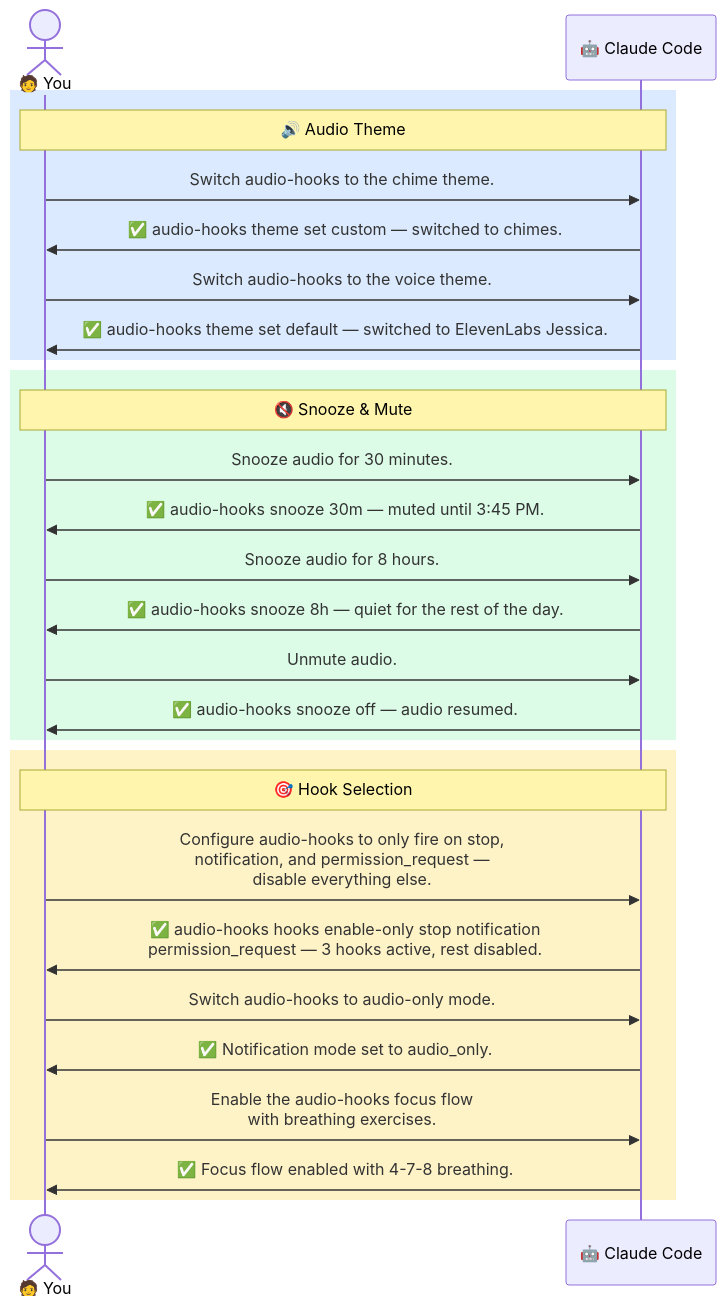
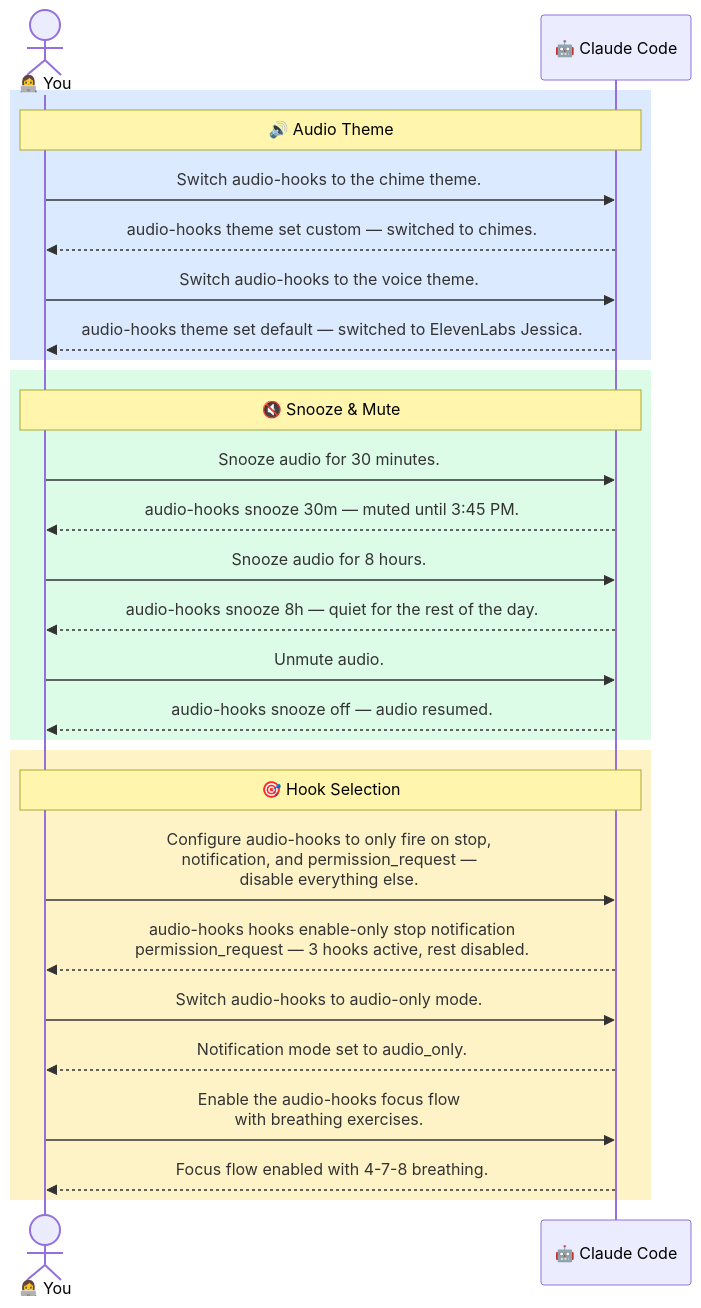
The second of 8 diagrams in README.md (tozaki1545atebau/claude-code-audio-hooks), drawn with Mermaid before and after one commit. The commit also changed other lines of this file, not shown here.

First line of the commit message:
docs(README): enhance sequence diagram visual hierarchy and update avatar

````diff
--- a/README.md
+++ b/README.md
@@ -186,33 +186,33 @@
 ```mermaid
 sequenceDiagram
-    actor You as 🧑 You
+    actor You as 👩‍💻 You
     participant CC as 🤖 Claude Code
 
     rect rgb(219, 234, 254)
     Note over You,CC: 🔊 Audio Theme
     You->>CC: Switch audio-hooks to the chime theme.
-    CC->>You: ✅ audio-hooks theme set custom — switched to chimes.
+    CC-->>You: audio-hooks theme set custom — switched to chimes.
     You->>CC: Switch audio-hooks to the voice theme.
-    CC->>You: ✅ audio-hooks theme set default — switched to ElevenLabs Jessica.
+    CC-->>You: audio-hooks theme set default — switched to ElevenLabs Jessica.
     end
 
     rect rgb(220, 252, 231)
     Note over You,CC: 🔇 Snooze & Mute
     You->>CC: Snooze audio for 30 minutes.
-    CC->>You: ✅ audio-hooks snooze 30m — muted until 3:45 PM.
+    CC-->>You: audio-hooks snooze 30m — muted until 3:45 PM.
     You->>CC: Snooze audio for 8 hours.
-    CC->>You: ✅ audio-hooks snooze 8h — quiet for the rest of the day.
+    CC-->>You: audio-hooks snooze 8h — quiet for the rest of the day.
     You->>CC: Unmute audio.
-    CC->>You: ✅ audio-hooks snooze off — audio resumed.
+    CC-->>You: audio-hooks snooze off — audio resumed.
     end
 
     rect rgb(254, 243, 199)
     Note over You,CC: 🎯 Hook Selection
     You->>CC: Configure audio-hooks to only fire on stop,<br/>notification, and permission_request —<br/>disable everything else.
-    CC->>You: ✅ audio-hooks hooks enable-only stop notification<br/>permission_request — 3 hooks active, rest disabled.
+    CC-->>You: audio-hooks hooks enable-only stop notification<br/>permission_request — 3 hooks active, rest disabled.
     You->>CC: Switch audio-hooks to audio-only mode.
-    CC->>You: ✅ Notification mode set to audio_only.
+    CC-->>You: Notification mode set to audio_only.
     You->>CC: Enable the audio-hooks focus flow<br/>with breathing exercises.
-    CC->>You: ✅ Focus flow enabled with 4-7-8 breathing.
+    CC-->>You: Focus flow enabled with 4-7-8 breathing.
     end
 ```
````
